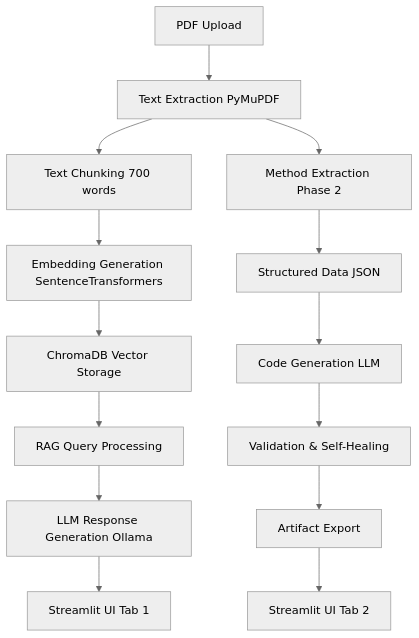
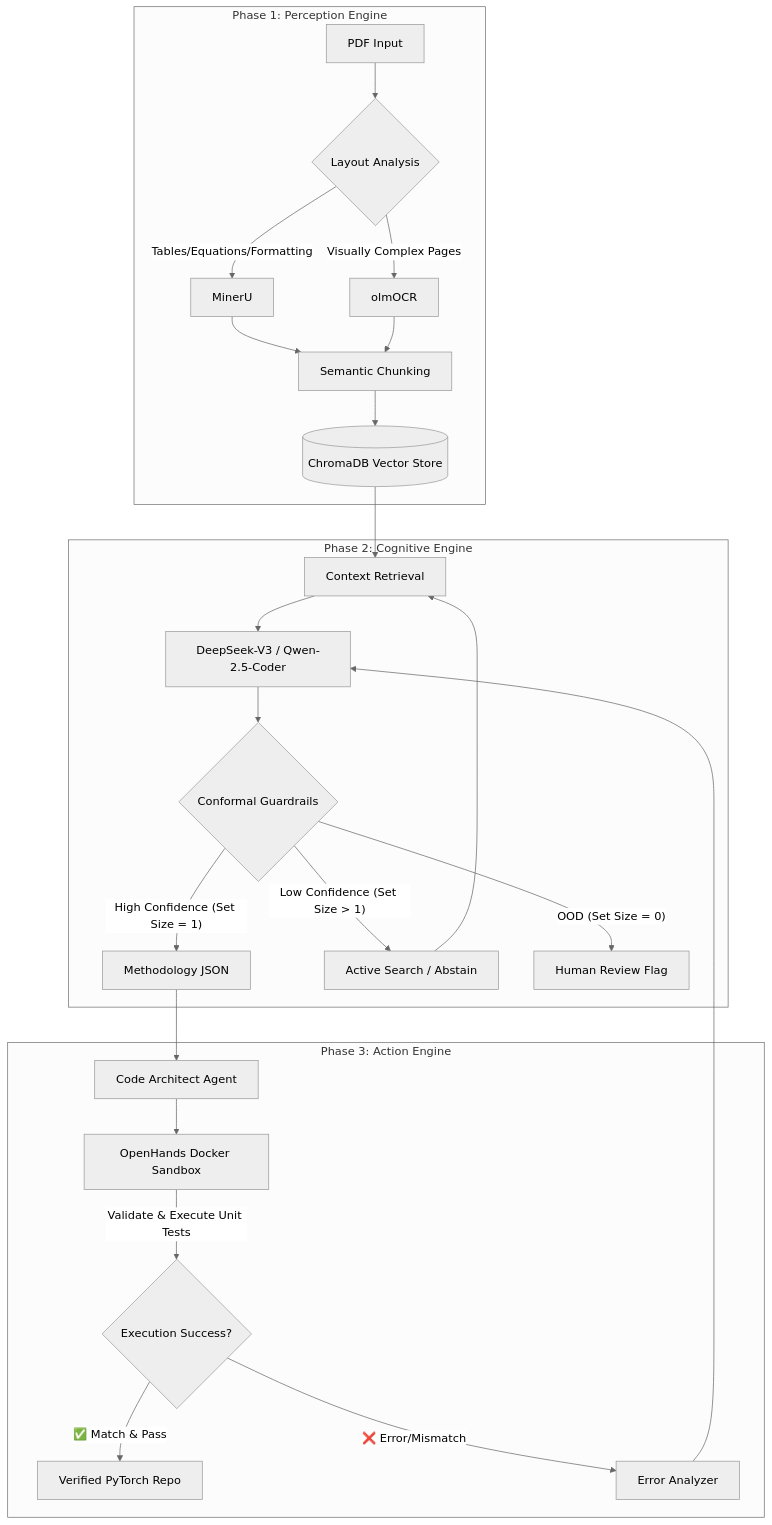
The diagram in TECHNICAL_DOCUMENTATION.md (Aspect022/Research2Text), drawn with Mermaid (neutral theme) before and after one commit. The commit also changed other lines of this file and 80 other files, not shown here.

Commit message:
feat: Implement a comprehensive multi-agent research system with conformal prediction, source validation, and structured data extraction.

````diff
--- a/TECHNICAL_DOCUMENTATION.md
+++ b/TECHNICAL_DOCUMENTATION.md
@@ -36,19 +35,29 @@
 ```mermaid
 graph TD
-    A[PDF Upload] --> B[Text Extraction PyMuPDF]
-    B --> C[Text Chunking 700 words]
-    C --> D[Embedding Generation SentenceTransformers]
-    D --> E[ChromaDB Vector Storage]
-    
-    E --> F[RAG Query Processing]
-    F --> G[LLM Response Generation Ollama]
-    
-    B --> H[Method Extraction Phase 2]
-    H --> I[Structured Data JSON]
-    I --> J[Code Generation LLM]
-    J --> K[Validation & Self-Healing]
-    K --> L[Artifact Export]
-    
-    G --> M[Streamlit UI Tab 1]
-    L --> N[Streamlit UI Tab 2]
+    subgraph "Phase 1: Perception Engine"
+        A[PDF Input] --> B{Layout Analysis}
+        B -- Tables/Equations/Formatting --> C[MinerU]
+        B -- Visually Complex Pages --> D[olmOCR]
+        C & D --> E[Semantic Chunking]
+        E --> F[(ChromaDB Vector Store)]
+    end
+
+    subgraph "Phase 2: Cognitive Engine"
+        F --> G[Context Retrieval]
+        G --> H[DeepSeek-V3 / Qwen-2.5-Coder]
+        H --> I{Conformal Guardrails}
+        I -- High Confidence (Set Size = 1) --> J[Methodology JSON]
+        I -- Low Confidence (Set Size > 1) --> K[Active Search / Abstain]
+        I -- OOD (Set Size = 0) --> L[Human Review Flag]
+        K --> G
+    end
+
+    subgraph "Phase 3: Action Engine"
+        J --> M[Code Architect Agent]
+        M --> N[OpenHands Docker Sandbox]
+        N -- Validate & Execute Unit Tests --> O{Execution Success?}
+        O -- ✅ Match & Pass --> P[Verified PyTorch Repo]
+        O -- ❌ Error/Mismatch --> Q[Error Analyzer]
+        Q --> H
+    end
 ```
````
